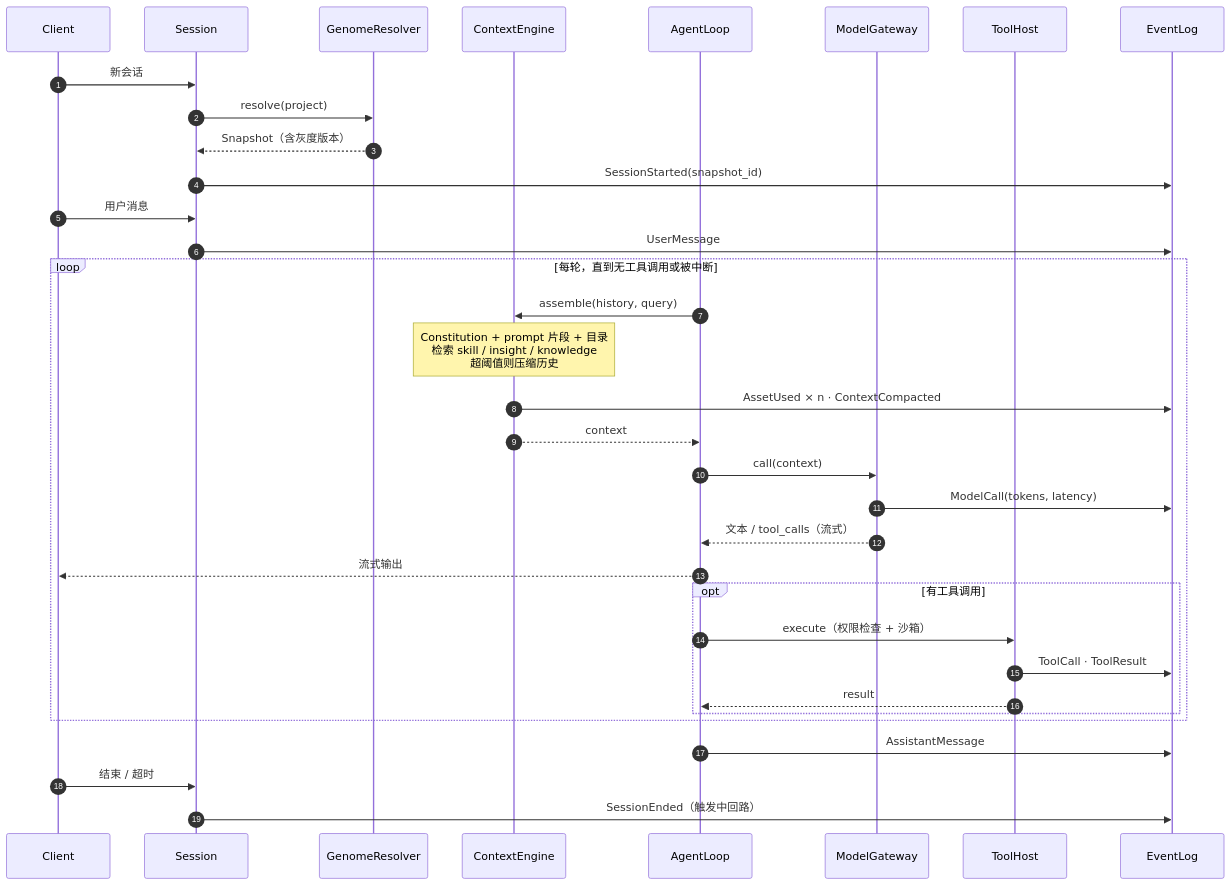
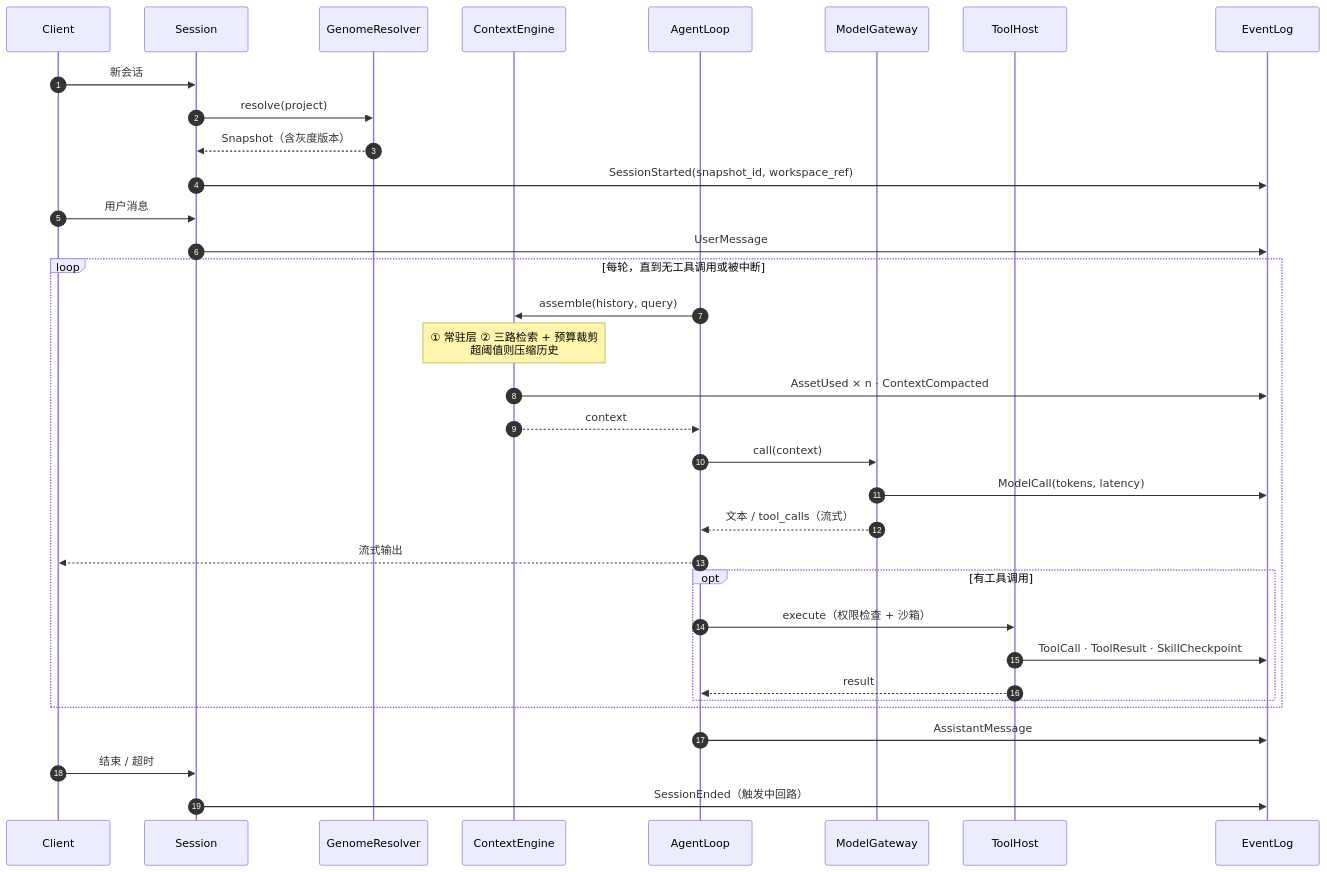
The fifth of 12 diagrams in docs/self-evolution-architecture.md (LB-Young/Auton), drawn with Mermaid before and after one commit. The commit also changed other lines of this file, not shown here.

````diff
--- a/docs/self-evolution-architecture.md
+++ b/docs/self-evolution-architecture.md
@@ -210,36 +285,36 @@
 ```mermaid
 sequenceDiagram
   autonumber
   participant U as Client
   participant S as Session
   participant GR as GenomeResolver
   participant CE as ContextEngine
   participant L as AgentLoop
   participant M as ModelGateway
   participant T as ToolHost
   participant E as EventLog
   U->>S: 新会话
   S->>GR: resolve(project)
   GR-->>S: Snapshot（含灰度版本）
-  S->>E: SessionStarted(snapshot_id)
+  S->>E: SessionStarted(snapshot_id, workspace_ref)
   U->>S: 用户消息
   S->>E: UserMessage
   loop 每轮，直到无工具调用或被中断
     L->>CE: assemble(history, query)
-    Note over CE: Constitution + prompt 片段 + 目录<br/>检索 skill / insight / knowledge<br/>超阈值则压缩历史
+    Note over CE: ① 常驻层 ② 三路检索 + 预算裁剪<br/>超阈值则压缩历史
     CE->>E: AssetUsed × n · ContextCompacted
     CE-->>L: context
     L->>M: call(context)
     M->>E: ModelCall(tokens, latency)
     M-->>L: 文本 / tool_calls（流式）
     L-->>U: 流式输出
     opt 有工具调用
       L->>T: execute（权限检查 + 沙箱）
-      T->>E: ToolCall · ToolResult
+      T->>E: ToolCall · ToolResult · SkillCheckpoint
       T-->>L: result
     end
   end
   L->>E: AssistantMessage
   U->>S: 结束 / 超时
   S->>E: SessionEnded（触发中回路）
 ```
````
